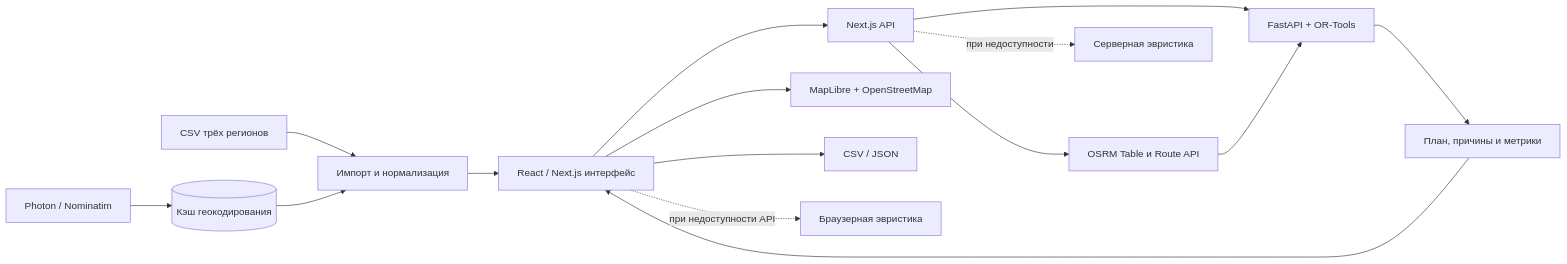
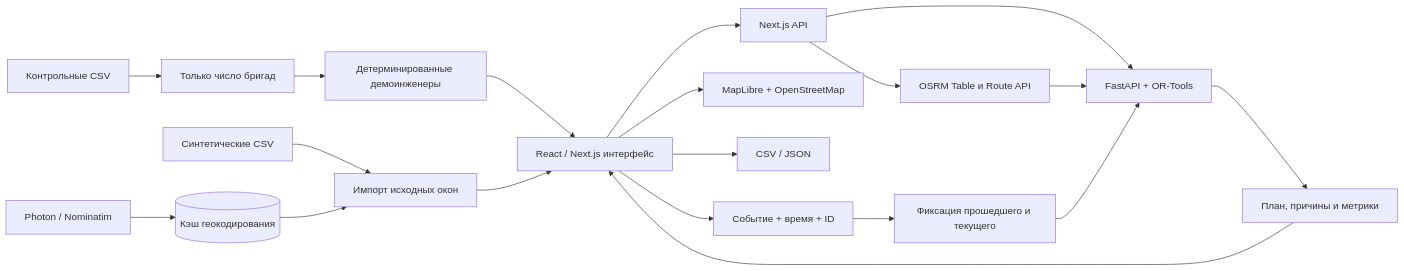
One commit to ddgg127/Imoscow changed the diagram in README.md. Above: the diagram before and after it, drawn with Mermaid. The commit also changed other lines of this file and 23 other files, not shown here.

````diff
--- a/README.md
+++ b/README.md
@@ -41,17 +48,21 @@
 ```mermaid
 flowchart LR
-    CSV[CSV трёх регионов] --> Import[Импорт и нормализация]
+    CSV[Синтетические CSV] --> Import[Импорт исходных окон]
+    Control[Контрольные CSV] --> Count[Только число бригад]
+    Count --> Crew[Детерминированные демоинженеры]
+    Crew --> UI
     Geocode[Photon / Nominatim] --> Cache[(Кэш геокодирования)]
     Cache --> Import
     Import --> UI[React / Next.js интерфейс]
     UI --> API[Next.js API]
     API --> Matrix[OSRM Table и Route API]
     API --> Solver[FastAPI + OR-Tools]
     Matrix --> Solver
     Solver --> Result[План, причины и метрики]
     Result --> UI
     UI --> Map[MapLibre + OpenStreetMap]
     UI --> Export[CSV / JSON]
-    API -. при недоступности .-> Fallback[Серверная эвристика]
-    UI -. при недоступности API .-> BrowserFallback[Браузерная эвристика]
+    UI --> Event[Событие + время + ID]
+    Event --> Freeze[Фиксация прошедшего и текущего]
+    Freeze --> Solver
 ```
````
